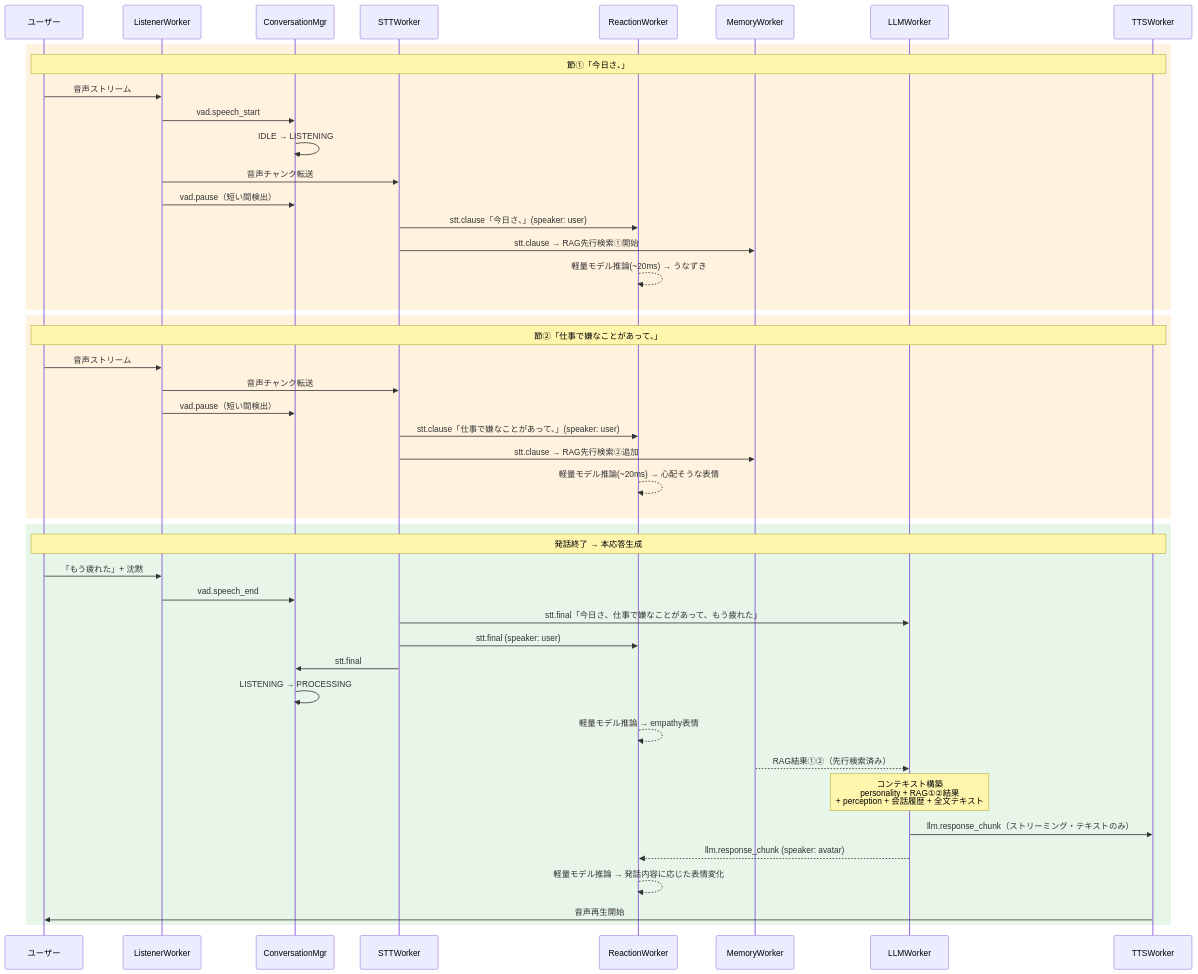
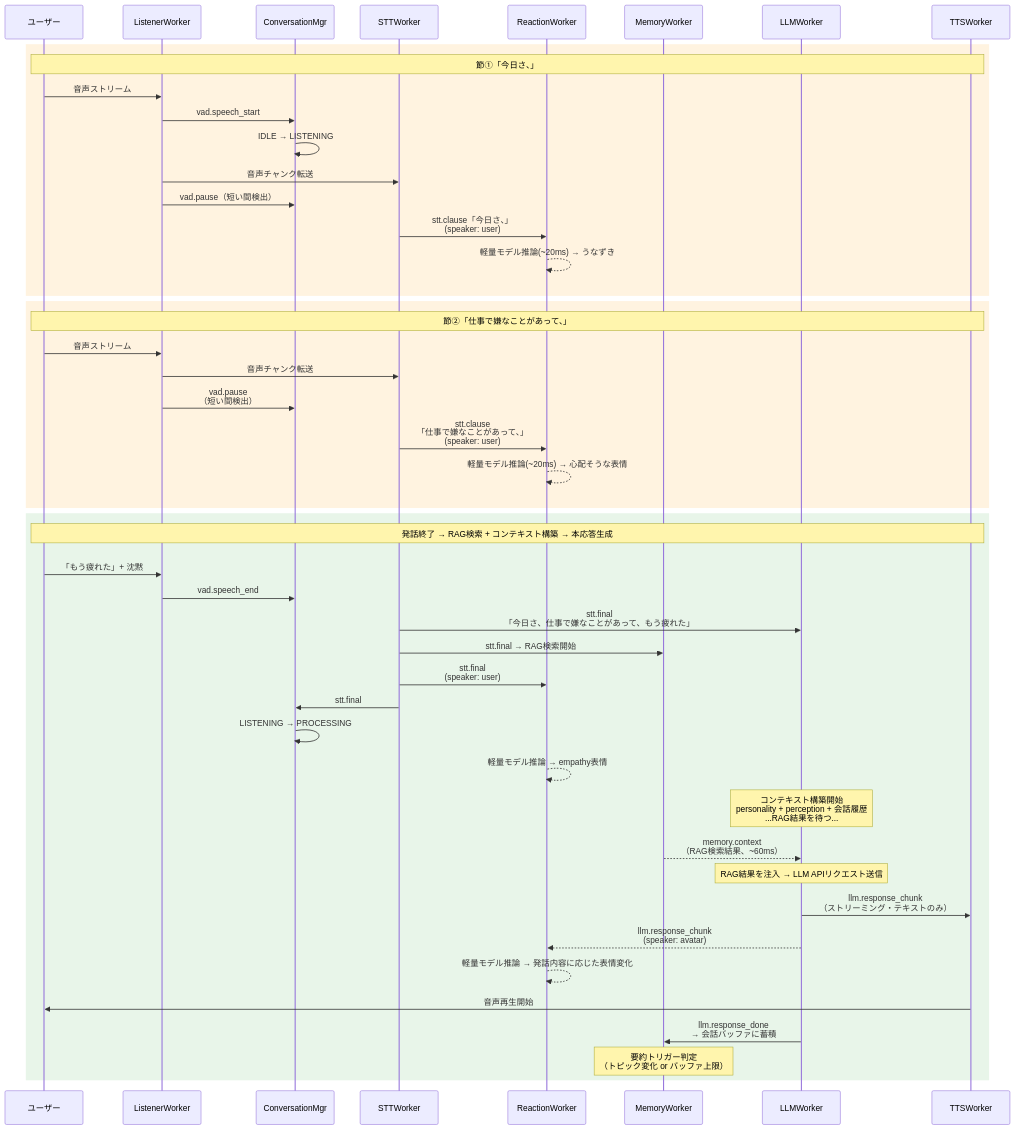
The ninth of 9 diagrams in docs/llm-conversation-design.md (miumo6329/ai-avatar-framework), drawn with Mermaid before and after one commit. The commit also changed other lines of this file and 3 other files, not shown here.

````diff
--- a/docs/llm-conversation-design.md
+++ b/docs/llm-conversation-design.md
@@ -494,50 +515,52 @@
 ```mermaid
 sequenceDiagram
     participant User as ユーザー
     participant Listener as ListenerWorker
     participant CM as ConversationMgr
     participant STT as STTWorker
     participant RW as ReactionWorker
     participant Mem as MemoryWorker
     participant LLM as LLMWorker
     participant TTS as TTSWorker
 
     rect rgb(255, 243, 224)
         Note over User, TTS: 節①「今日さ、」
         User ->> Listener: 音声ストリーム
         Listener ->> CM: vad.speech_start
         CM ->> CM: IDLE → LISTENING
         Listener ->> STT: 音声チャンク転送
         Listener ->> CM: vad.pause（短い間検出）
-        STT ->> RW: stt.clause「今日さ、」(speaker: user)
-        STT ->> Mem: stt.clause → RAG先行検索①開始
+        STT ->> RW: stt.clause「今日さ、」<br/>(speaker: user)
         RW -->> RW: 軽量モデル推論(~20ms) → うなずき
     end
 
     rect rgb(255, 243, 224)
         Note over User, TTS: 節②「仕事で嫌なことがあって、」
         User ->> Listener: 音声ストリーム
         Listener ->> STT: 音声チャンク転送
-        Listener ->> CM: vad.pause（短い間検出）
-        STT ->> RW: stt.clause「仕事で嫌なことがあって、」(speaker: user)
-        STT ->> Mem: stt.clause → RAG先行検索②追加
+        Listener ->> CM: vad.pause<br/>（短い間検出）
+        STT ->> RW: stt.clause<br/>「仕事で嫌なことがあって、」<br/>(speaker: user)
         RW -->> RW: 軽量モデル推論(~20ms) → 心配そうな表情
     end
 
     rect rgb(232, 245, 233)
-        Note over User, TTS: 発話終了 → 本応答生成
-        User ->> Listener: 「もう疲れた」+ 沈黙
+        Note over User, TTS: 発話終了 → RAG検索 + コンテキスト構築 → 本応答生成
+        User ->> Listener: <br/>「もう疲れた」+ 沈黙
         Listener ->> CM: vad.speech_end
-        STT ->> LLM: stt.final「今日さ、仕事で嫌なことがあって、もう疲れた」
-        STT ->> RW: stt.final (speaker: user)
+        STT ->> LLM: stt.final<br/>「今日さ、仕事で嫌なことがあって、もう疲れた」
+        STT ->> Mem: stt.final → RAG検索開始
+        STT ->> RW: stt.final <br/>(speaker: user)
         STT ->> CM: stt.final
         CM ->> CM: LISTENING → PROCESSING
         RW -->> RW: 軽量モデル推論 → empathy表情
-        Mem -->> LLM: RAG結果①②（先行検索済み）
-        Note over LLM: コンテキスト構築<br/>personality + RAG①②結果<br/>+ perception + 会話履歴 + 全文テキスト
-        LLM ->> TTS: llm.response_chunk（ストリーミング・テキストのみ）
-        LLM -->> RW: llm.response_chunk (speaker: avatar)
+        Note over LLM: コンテキスト構築開始<br/>personality + perception + 会話履歴<br/>...RAG結果を待つ...
+        Mem -->> LLM: memory.context<br/>（RAG検索結果、~60ms）
+        Note over LLM: RAG結果を注入 → LLM APIリクエスト送信
+        LLM ->> TTS: llm.response_chunk<br/>（ストリーミング・テキストのみ）
+        LLM -->> RW: llm.response_chunk<br/> (speaker: avatar)
         RW -->> RW: 軽量モデル推論 → 発話内容に応じた表情変化
         TTS ->> User: 音声再生開始
+        LLM ->> Mem: llm.response_done <br/>→ 会話バッファに蓄積
+        Note over Mem: 要約トリガー判定<br/>（トピック変化 or バッファ上限）
     end
 ```
````
